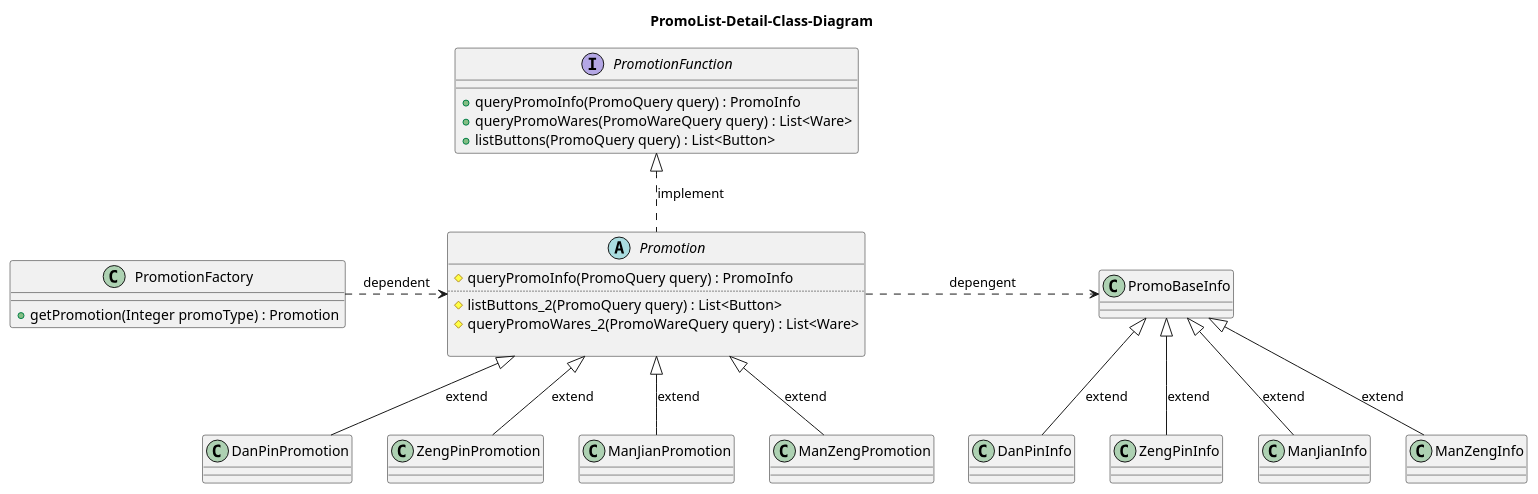
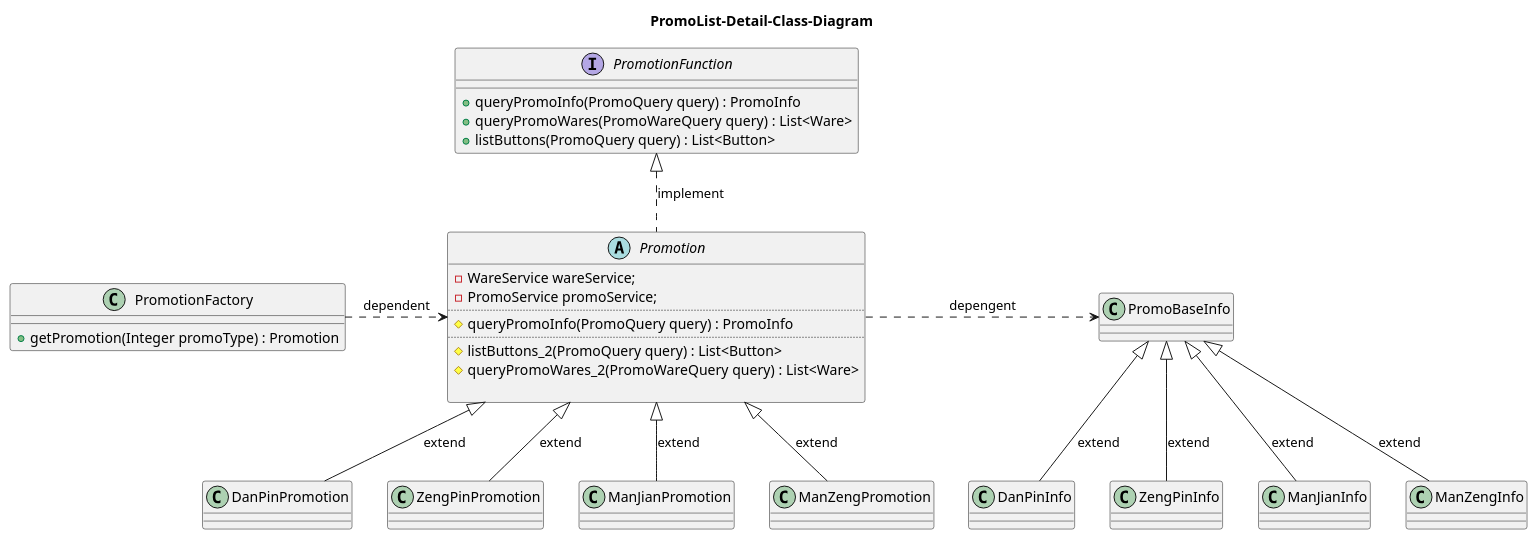
Before and after one commit to HanyuKing/uml: the diagram in src/uml/T1-T2/prom.shop/class/promotion-factory-class-diagram.puml, drawn with PlantUML.

Commit message:
SHOP端重构类图属性

```diff
--- a/src/uml/T1-T2/prom.shop/class/promotion-factory-class-diagram.puml
+++ b/src/uml/T1-T2/prom.shop/class/promotion-factory-class-diagram.puml
@@ -1,51 +1,54 @@
 @startuml
 title PromoList-Detail-Class-Diagram
 scale 1
 
 interface PromotionFunction {
     +queryPromoInfo(PromoQuery query) : PromoInfo
     +queryPromoWares(PromoWareQuery query) : List<Ware>
     +listButtons(PromoQuery query) : List<Button>
 }
 
 abstract class Promotion {
+    -WareService wareService;
+    -PromoService promoService;
+    ..
     #queryPromoInfo(PromoQuery query) : PromoInfo
     ..
     #listButtons_2(PromoQuery query) : List<Button>
     #queryPromoWares_2(PromoWareQuery query) : List<Ware>
 
 }
 
 class DanPinPromotion
 class ZengPinPromotion
 class ManJianPromotion
 class ManZengPromotion
 
 class PromotionFactory {
     +getPromotion(Integer promoType) : Promotion
 }
 
 PromotionFunction <|.. Promotion : implement
 
 Promotion <|-- DanPinPromotion : extend
 Promotion <|-- ZengPinPromotion : extend
 Promotion <|-- ManJianPromotion : extend
 Promotion <|-- ManZengPromotion : extend
 
 PromotionFactory .right.> Promotion : dependent
 
 class PromoBaseInfo
 class DanPinInfo
 class ZengPinInfo
 class ManJianInfo
 class ManZengInfo
 
 
 Promotion .right.> PromoBaseInfo : depengent
 DanPinInfo -up-|> PromoBaseInfo : extend
 ZengPinInfo -up-|> PromoBaseInfo : extend
 ManJianInfo -up-|> PromoBaseInfo : extend
 ManZengInfo -up-|> PromoBaseInfo : extend
 
 
 @enduml
```
